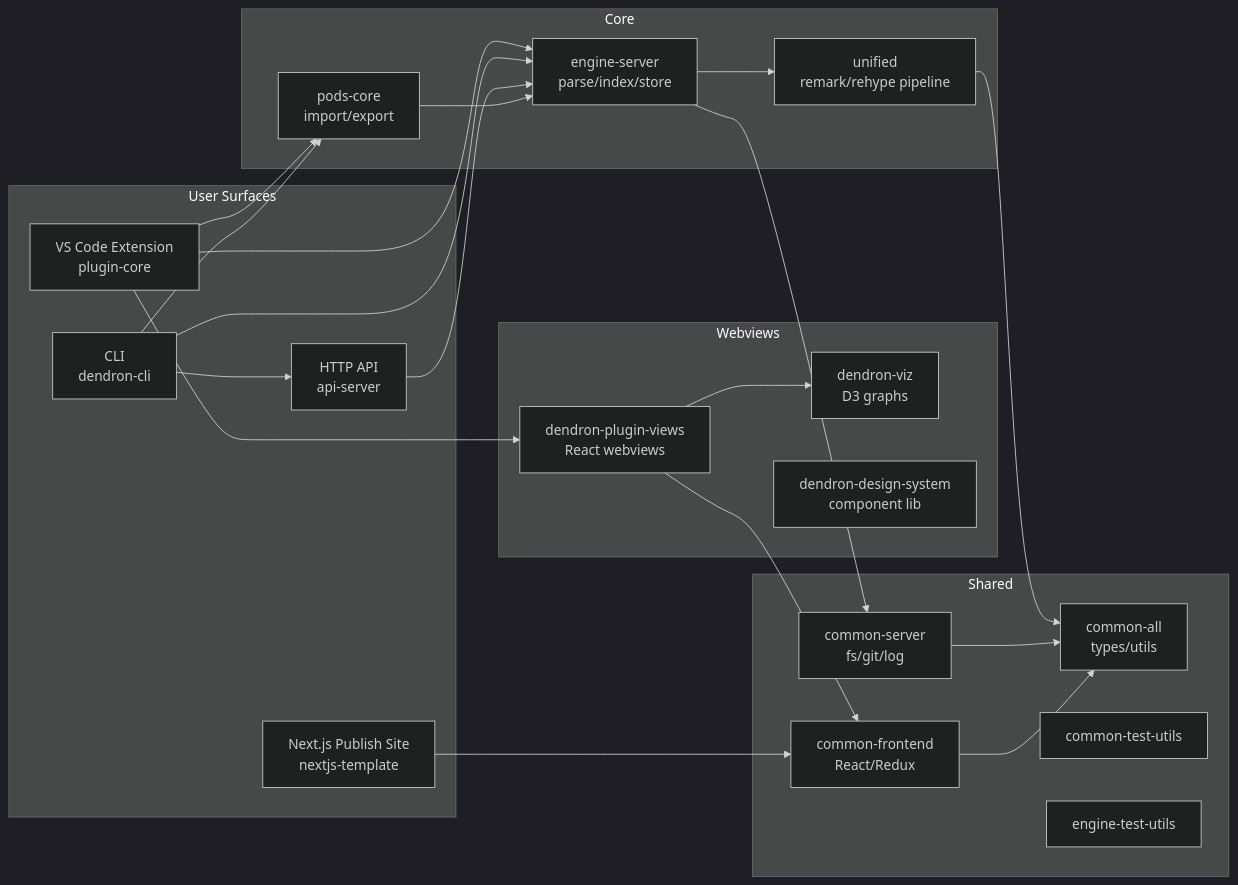
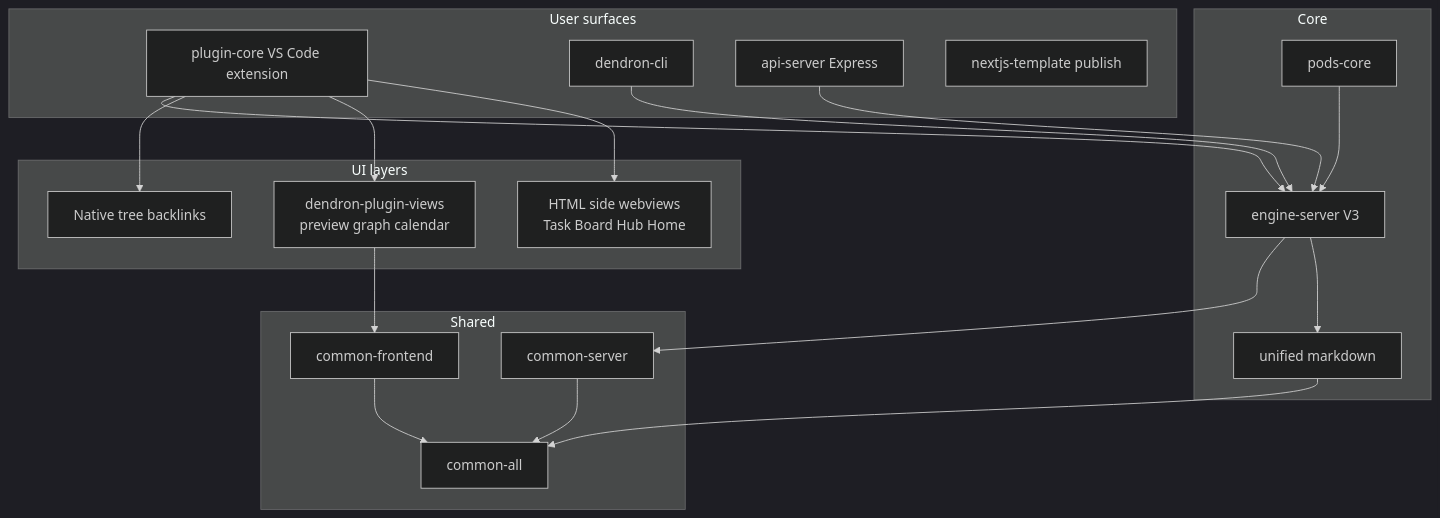
The diagram in ai/references/context.md (r0yce/dendron), drawn with Mermaid (dark theme) before and after one commit. The commit also changed other lines of this file and 7 other files, not shown here.

````diff
--- a/ai/references/context.md
+++ b/ai/references/context.md
@@ -47,46 +53,41 @@
 ```mermaid
-flowchart LR
-  subgraph User Surfaces
-    VSC[VS Code Extension<br/>plugin-core]
-    CLI[CLI<br/>dendron-cli]
-    NEXT[Next.js Publish Site<br/>nextjs-template]
-    API[HTTP API<br/>api-server]
+flowchart TB
+  subgraph surfaces [User surfaces]
+    VSC[plugin-core VS Code extension]
+    CLI[dendron-cli]
+    API[api-server Express]
+    NEXT[nextjs-template publish]
   end
 
-  subgraph Webviews
-    PV[dendron-plugin-views<br/>React webviews]
-    VIZ[dendron-viz<br/>D3 graphs]
-    DS[dendron-design-system<br/>component lib]
+  subgraph ui [UI layers]
+    HTML[HTML side webviews<br/>Task Board Hub Home]
+    REACT[dendron-plugin-views<br/>preview graph calendar]
+    NATIVE[Native tree backlinks]
   end
 
-  subgraph Core
-    ENG[engine-server<br/>parse/index/store]
-    PODS[pods-core<br/>import/export]
-    UNI[unified<br/>remark/rehype pipeline]
+  subgraph core [Core]
+    ENG[engine-server V3]
+    UNI[unified markdown]
+    PODS[pods-core]
   end
 
-  subgraph Shared
-    CA[common-all<br/>types/utils]
-    CS[common-server<br/>fs/git/log]
-    CF[common-frontend<br/>React/Redux]
-    CT[common-test-utils]
-    ETU[engine-test-utils]
+  subgraph shared [Shared]
+    CA[common-all]
+    CS[common-server]
+    CF[common-frontend]
   end
 
-  VSC --> PV
+  VSC --> HTML
+  VSC --> REACT
+  VSC --> NATIVE
   VSC --> ENG
-  VSC --> PODS
   CLI --> ENG
-  CLI --> PODS
-  CLI --> API
-  NEXT --> CF
   API --> ENG
-  PV --> CF
-  PV --> VIZ
+  REACT --> CF
   ENG --> UNI
-  PODS --> ENG
   ENG --> CS
   UNI --> CA
   CS --> CA
   CF --> CA
+  PODS --> ENG
 ```
````
